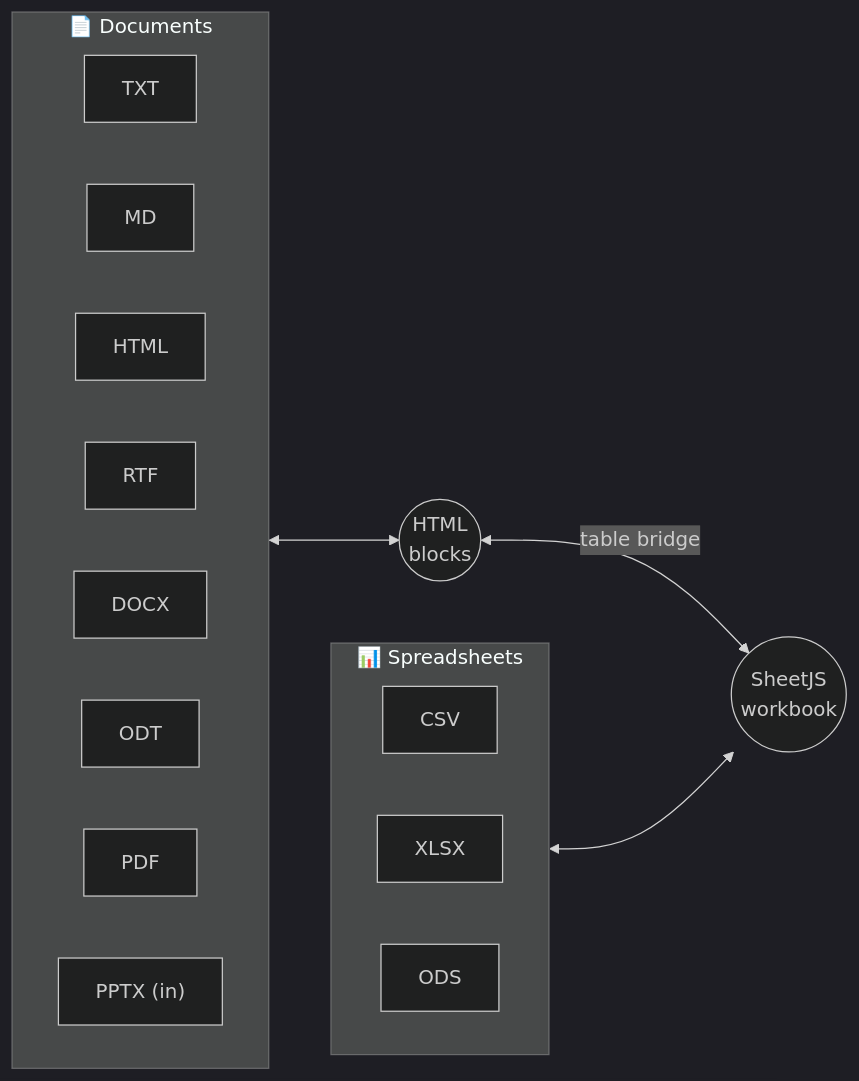
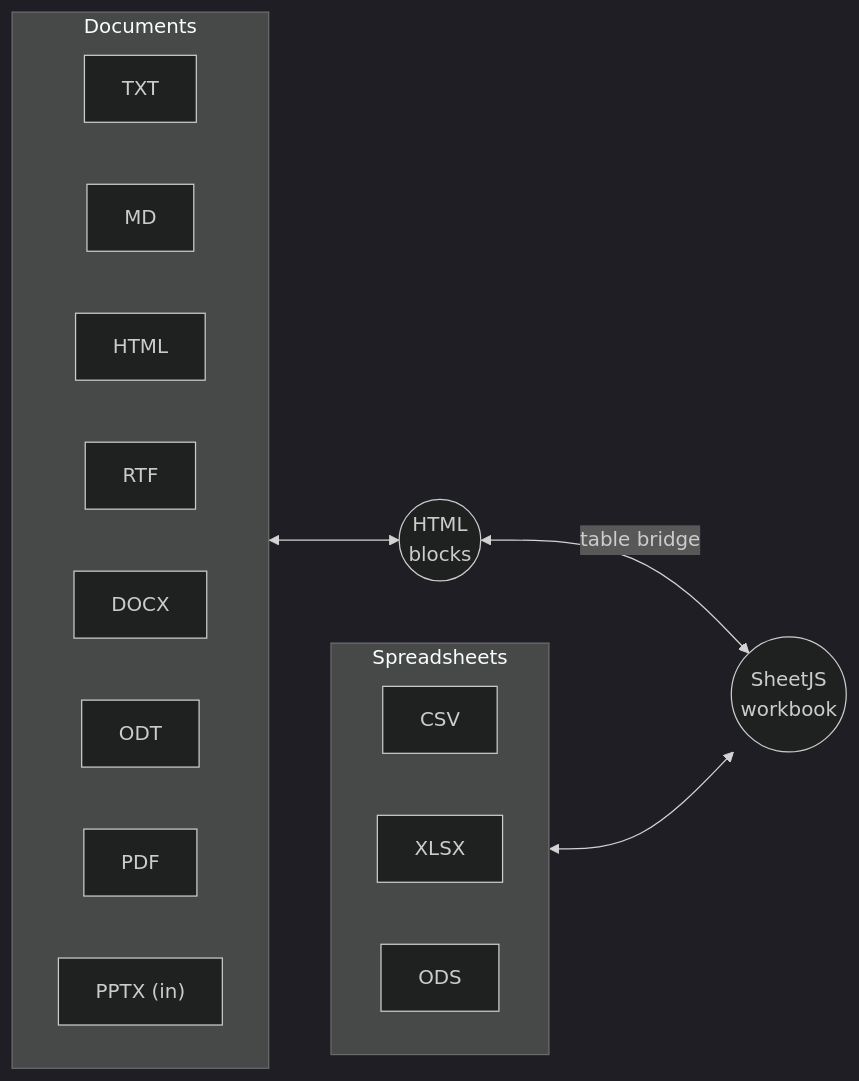
The fourth of 4 diagrams in README.md (Premchand006/ProxiPixel), drawn with Mermaid (dark theme) before and after one commit. The commit also changed other lines of this file and 71 other files, not shown here.

````diff
--- a/README.md
+++ b/README.md
@@ -153,15 +138,15 @@
 ```mermaid
 flowchart LR
-    subgraph DOCS["📄 Documents"]
+    subgraph DOCS["Documents"]
         direction LR
         TXT["TXT"]; MD["MD"]; HTML["HTML"]; RTF["RTF"]; DOCX["DOCX"]; ODT["ODT"]; PDF["PDF"]; PPTX["PPTX (in)"]
     end
-    subgraph SHEETS["📊 Spreadsheets"]
+    subgraph SHEETS["Spreadsheets"]
         direction LR
         CSV["CSV"]; XLSX["XLSX"]; ODS["ODS"]
     end
 
     DOCS <--> H1(("HTML<br/>blocks"))
     SHEETS <--> H2(("SheetJS<br/>workbook"))
     H1 <-->|"table bridge"| H2
 ```
````
